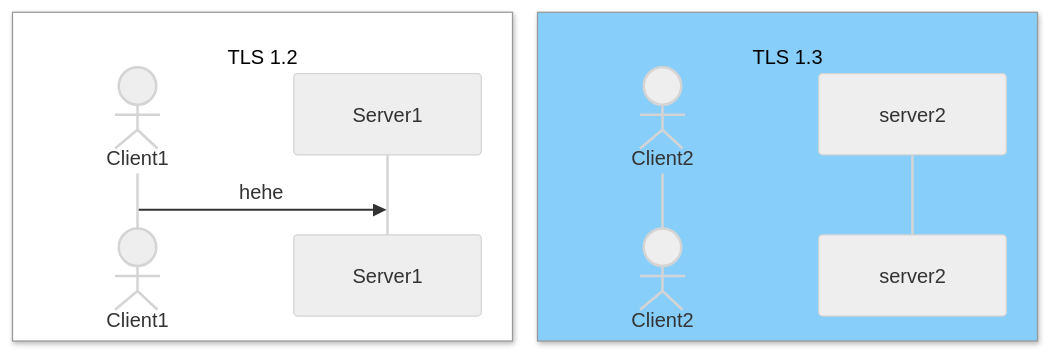
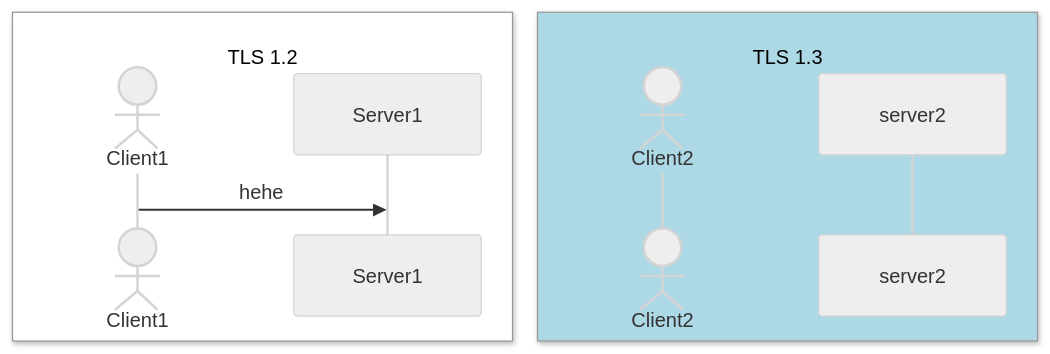
Before and after one commit to jtaverne/ovh: the third of 3 diagrams in tls_1.3.md, drawn with Mermaid.

````diff
--- a/tls_1.3.md
+++ b/tls_1.3.md
@@ -37,13 +37,13 @@
 ```mermaid
 %%{init: {'theme': 'neutral' } }%%
 sequenceDiagram
     box White <br/>TLS 1.2
     actor Client1
     participant Server1
     end
-    box LightSkyBlue <br/>TLS 1.3
+    box LightBlue <br/>TLS 1.3
     actor Client2
     participant server2
     end
 Client1 ->> Server1 : hehe
 ```
````
